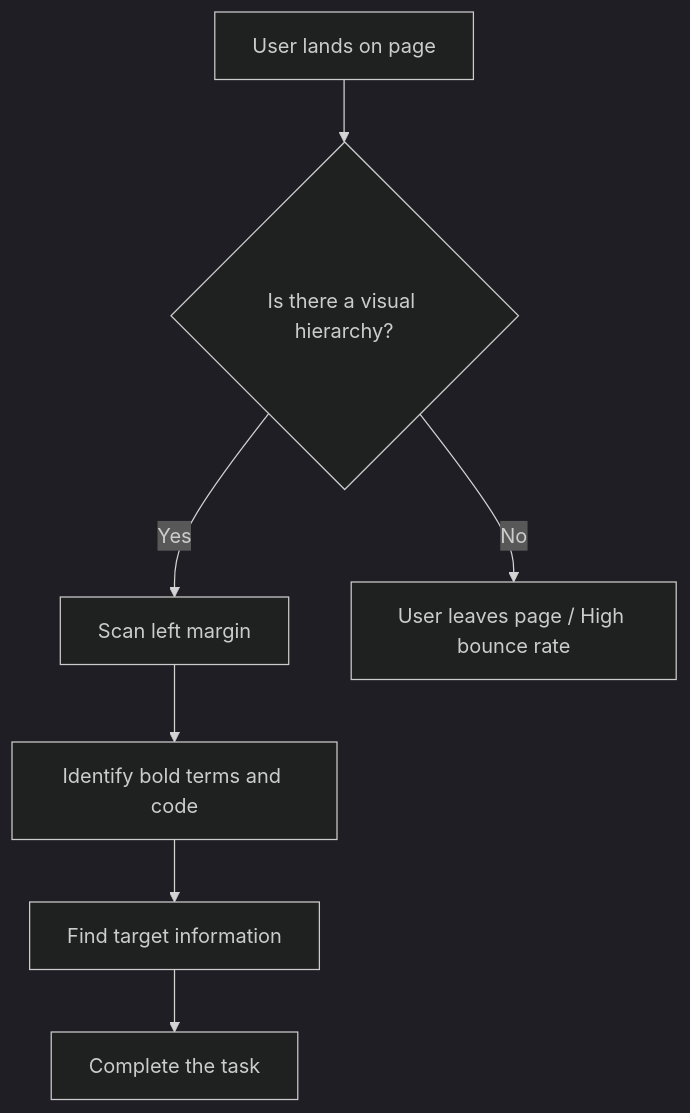
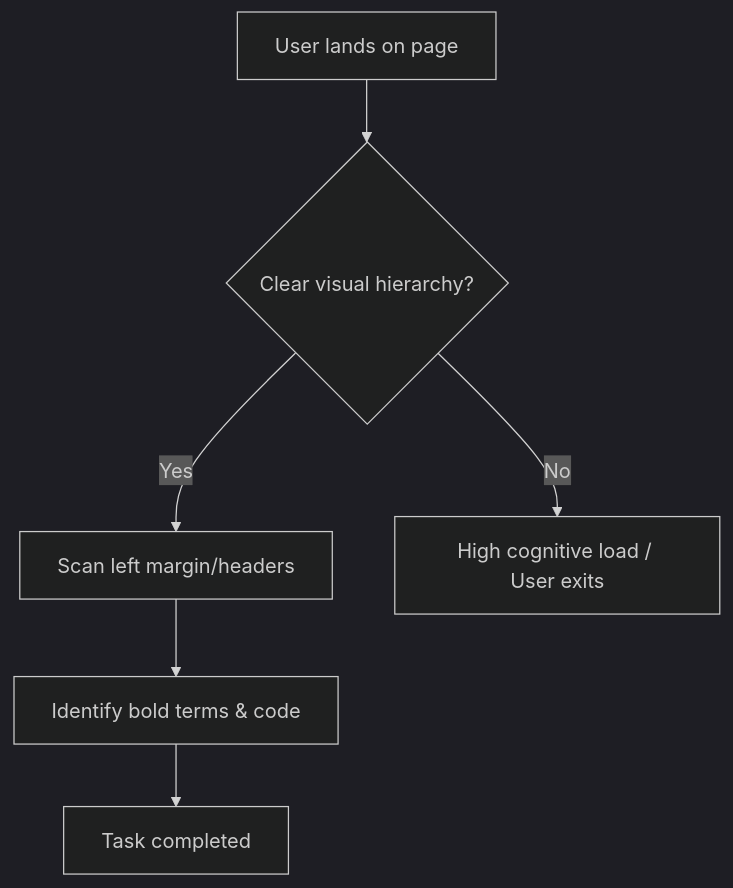
Before and after one commit to vaishvanara/techwritingkb: the diagram in docs/industry-terms/scannability.md, drawn with Mermaid (dark theme). The commit also changed other lines of this file and 51 other files, not shown here.

````diff
--- a/docs/industry-terms/scannability.md
+++ b/docs/industry-terms/scannability.md
@@ -63,9 +61,9 @@
 ```mermaid
 graph TD
-    A[User lands on page] --> B{Is there a visual hierarchy?}
-    B -- Yes --> C[Scan left margin]
-    B -- No --> D[User leaves page / High bounce rate]
-    C --> E[Identify bold terms and code]
-    E --> F[Find target information]
-    F --> G[Complete the task]
+    A[User lands on page] --> B{Clear visual hierarchy?}
+    B -- Yes --> C[Scan left margin/headers]
+    B -- No --> D[High cognitive load / User exits]
+    C --> E[Identify bold terms & code]
+    F[Task completed]
+    E --> F
 ```
````
